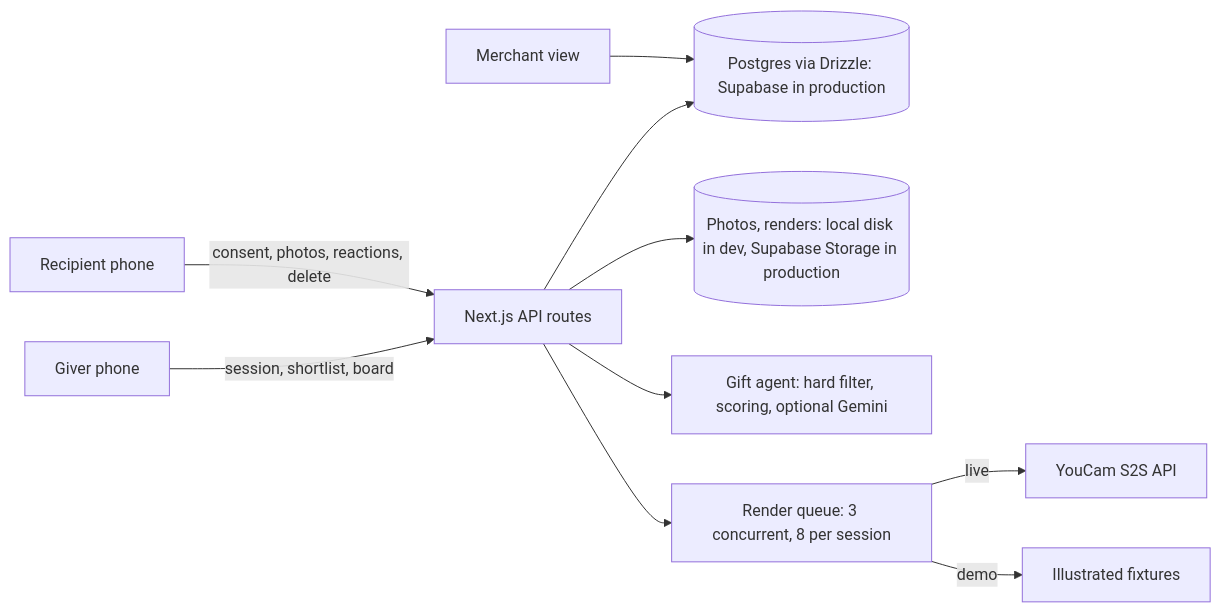
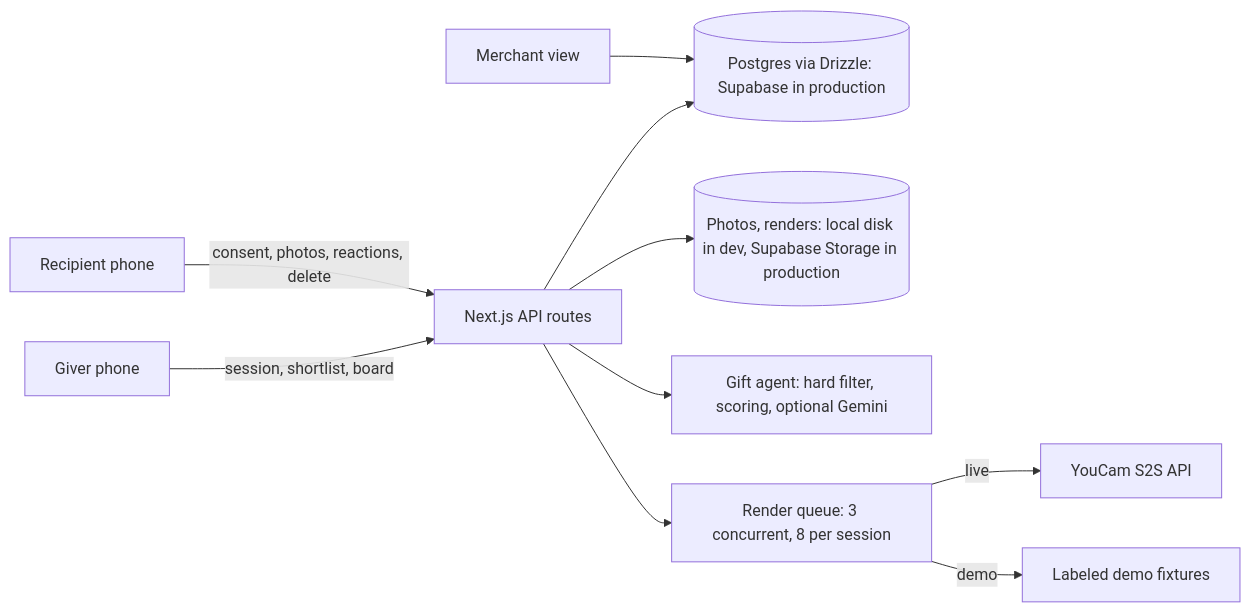
Before and after one commit to usmaniam/giftfit: the diagram in README.md, drawn with Mermaid. The commit also changed other lines of this file and 71 other files, not shown here.

````diff
--- a/README.md
+++ b/README.md
@@ -87,12 +87,12 @@
 ```mermaid
 flowchart LR
   G[Giver phone] -->|session, shortlist, board| API[Next.js API routes]
   R[Recipient phone] -->|consent, photos, reactions, delete| API
   API --> DB[(Postgres via Drizzle: Supabase in production)]
   API --> FS[(Photos, renders: local disk in dev, Supabase Storage in production)]
   API --> AG[Gift agent: hard filter, scoring, optional Gemini]
   API --> Q[Render queue: 3 concurrent, 8 per session]
   Q -->|live| YC[YouCam S2S API]
-  Q -->|demo| FX[Illustrated fixtures]
+  Q -->|demo| FX[Labeled demo fixtures]
   M[Merchant view] --> DB
 ```
````
